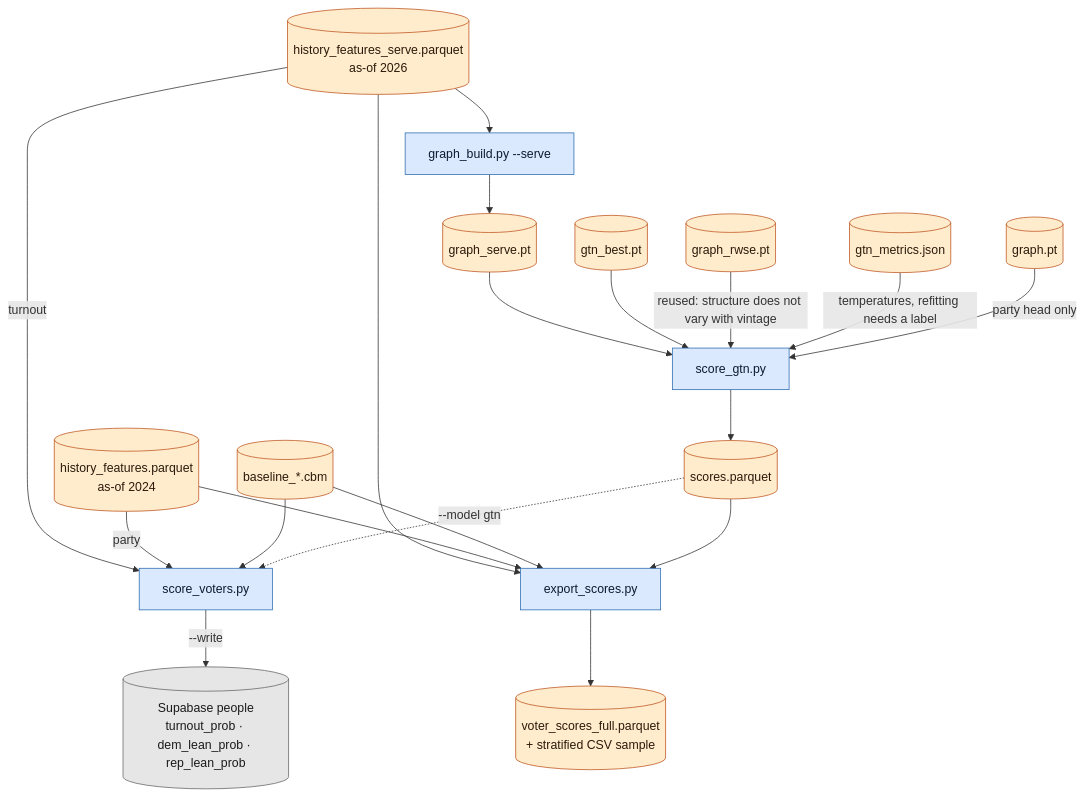
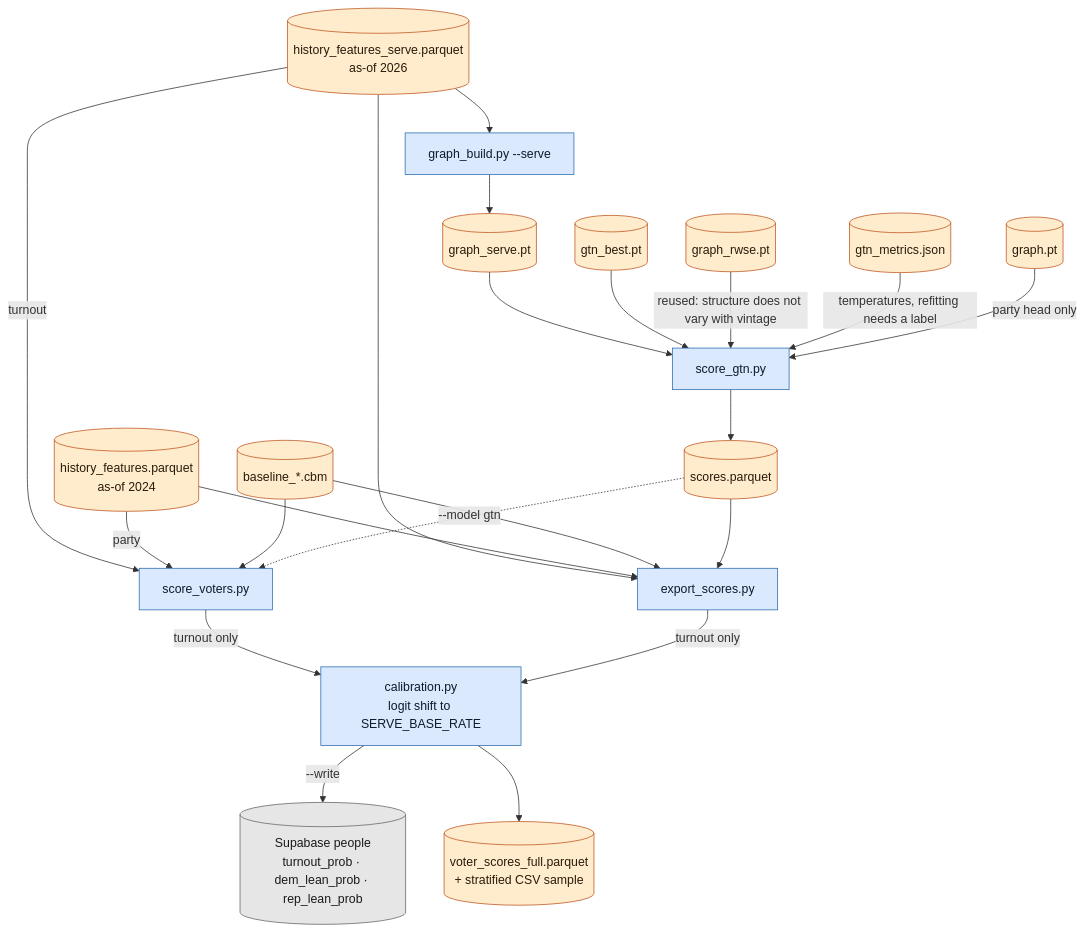
One commit to BayRyan97/rock_the_vote changed the third of 4 diagrams in model/README.md. Above: the diagram before and after it, drawn with Mermaid. The commit also changed other lines of this file and 2 other files, not shown here.

First line of the commit message:
Correct the docs the cycle shift invalidated

````diff
--- a/model/README.md
+++ b/model/README.md
@@ -308,45 +314,49 @@
 ```mermaid
 flowchart TD
     classDef script fill:#dbe9ff,stroke:#2b6cb0,color:#0b1c2c
     classDef store fill:#ffeccc,stroke:#c05621,color:#2c1a0b
     classDef ext fill:#e6e6e6,stroke:#666666,color:#1a1a1a
 
     HSERVE[("history_features_serve.parquet<br/>as-of 2026")]:::store
     HTRAIN[("history_features.parquet<br/>as-of 2024")]:::store
     CBM[("baseline_*.cbm")]:::store
     GPT[("graph.pt")]:::store
     RPT[("graph_rwse.pt")]:::store
     CKPT[("gtn_best.pt")]:::store
     GJ[("gtn_metrics.json")]:::store
 
     GBS["graph_build.py --serve"]:::script
     GSPT[("graph_serve.pt")]:::store
     SG["score_gtn.py"]:::script
     SCORES[("scores.parquet")]:::store
 
     SV["score_voters.py"]:::script
     EX["export_scores.py"]:::script
     DBOUT[("Supabase people<br/>turnout_prob · dem_lean_prob · rep_lean_prob")]:::ext
     FILEOUT[("voter_scores_full.parquet<br/>+ stratified CSV sample")]:::store
 
     HSERVE --> GBS
     GBS --> GSPT
     GSPT --> SG
     CKPT --> SG
     RPT -->|"reused: structure does not vary with vintage"| SG
     GJ -->|"temperatures, refitting needs a label"| SG
     GPT -->|"party head only"| SG
     SG --> SCORES
 
+    CAL["calibration.py<br/>logit shift to SERVE_BASE_RATE"]:::script
+
     HSERVE -->|"turnout"| SV
     HTRAIN -->|"party"| SV
     CBM --> SV
     SCORES -.->|"--model gtn"| SV
-    SV -->|"--write"| DBOUT
+    SV -->|"turnout only"| CAL
+    CAL -->|"--write"| DBOUT
 
     HSERVE --> EX
     HTRAIN --> EX
     CBM --> EX
     SCORES --> EX
-    EX --> FILEOUT
+    EX -->|"turnout only"| CAL
+    CAL --> FILEOUT
 ```
````
